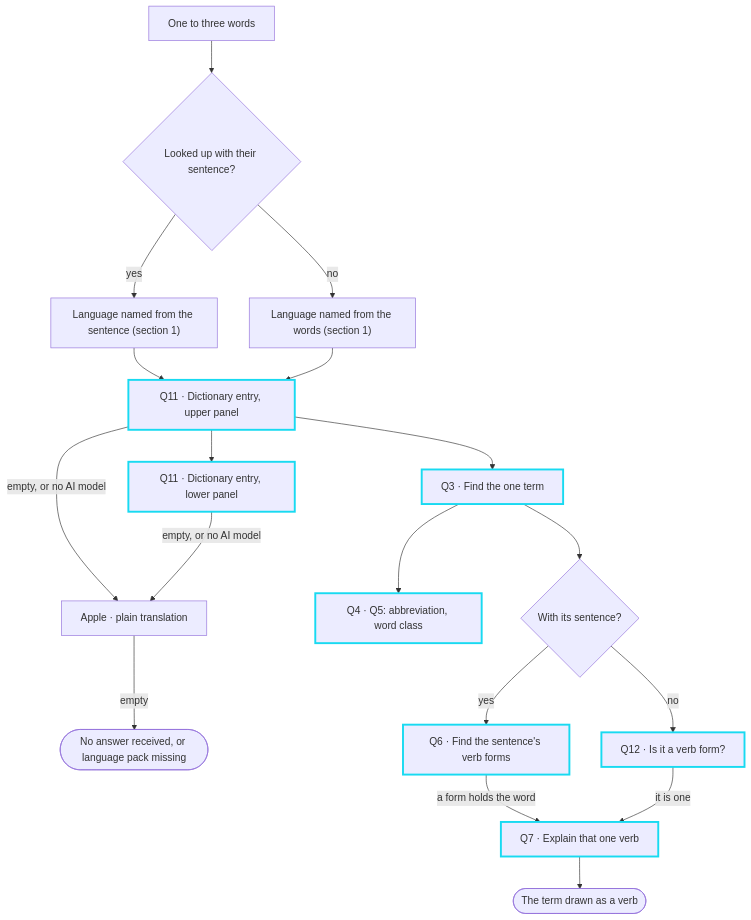
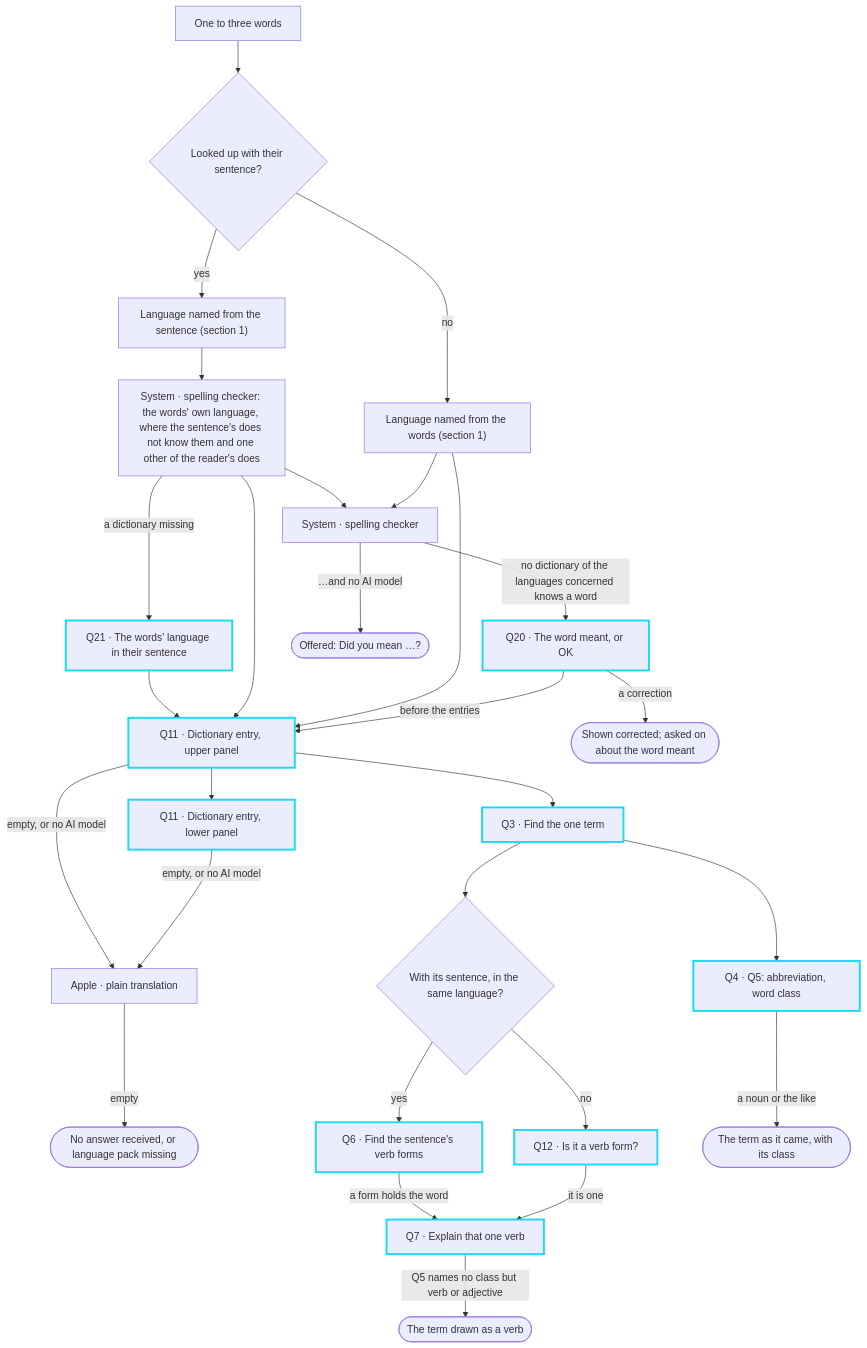
Before and after one commit to mdd335/triglosa: the fifth of 7 diagrams in docs/behind-a-translation.md, drawn with Mermaid. The commit also changed other lines of this file and 83 other files, not shown here.

````diff
--- a/docs/behind-a-translation.md
+++ b/docs/behind-a-translation.md
@@ -151,25 +159,35 @@
 ```mermaid
 flowchart TD
   W["One to three words"] --> S{"Looked up with their sentence?"}
   S -->|yes| LS["Language named from the sentence (section 1)"]
   S -->|no| LW["Language named from the words (section 1)"]
-  LS --> Q11
+  LS --> WL["System · spelling checker: the words' own language, where the sentence's does not know them and one other of the reader's does"]
+  WL -->|"a dictionary missing"| Q21["Q21 · The words' language in their sentence"]
+  Q21 --> Q11
+  WL --> Q11
   LW --> Q11["Q11 · Dictionary entry, upper panel"]
+  WL --> SP
+  LW --> SP["System · spelling checker"]
+  SP -->|"no dictionary of the languages concerned knows a word"| Q20["Q20 · The word meant, or OK"]
+  Q20 -->|"before the entries"| Q11
+  SP -->|"…and no AI model"| OFFER(["Offered: Did you mean …?"])
+  Q20 -->|"a correction"| MEANT(["Shown corrected; asked on about the word meant"])
   Q11 --> Q11B["Q11 · Dictionary entry, lower panel"]
   Q11 --> Q3S["Q3 · Find the one term"]
 
   Q11 -->|"empty, or no AI model"| APS["Apple · plain translation"]
   Q11B -->|"empty, or no AI model"| APS
   APS -->|empty| NAS(["No answer received, or language pack missing"])
 
   Q3S --> Q45["Q4 · Q5: abbreviation, word class"]
-  Q3S --> VB{"With its sentence?"}
+  Q3S --> VB{"With its sentence, in the same language?"}
   VB -->|yes| Q6S["Q6 · Find the sentence's verb forms"]
   VB -->|no| Q12["Q12 · Is it a verb form?"]
   Q6S -->|"a form holds the word"| Q7S["Q7 · Explain that one verb"]
   Q12 -->|"it is one"| Q7S
-  Q7S --> ROW(["The term drawn as a verb"])
+  Q7S -->|"Q5 names no class but verb or adjective"| ROW(["The term drawn as a verb"])
+  Q45 -->|"a noun or the like"| KEEP(["The term as it came, with its class"])
 
   classDef model stroke:#18daf1,stroke-width:3px
-  class Q11,Q11B,Q3S,Q45,Q6S,Q12,Q7S model
+  class Q11,Q11B,Q3S,Q45,Q6S,Q12,Q7S,Q20,Q21 model
 ```
````
